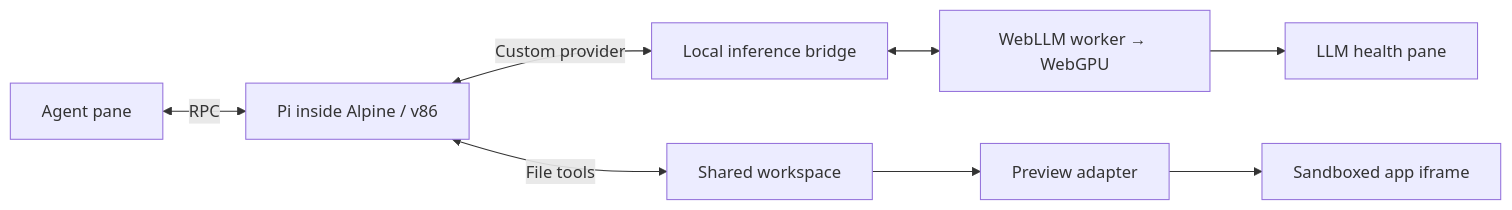
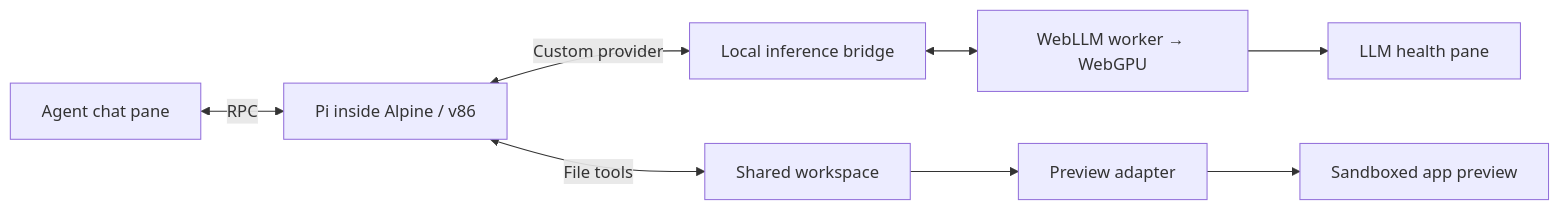
Before and after one commit to rhizomatous/fieldwork: the diagram in README.md, drawn with Mermaid. The commit also changed other lines of this file and 6 other files, not shown here.

````diff
--- a/README.md
+++ b/README.md
@@ -35,10 +23,10 @@
 ```mermaid
 flowchart LR
-    UI["Agent pane"] <-->|RPC| P["Pi inside Alpine / v86"]
+    UI["Agent chat pane"] <-->|RPC| P["Pi inside Alpine / v86"]
     P <-->|Custom provider| B["Local inference bridge"]
     B <--> W["WebLLM worker → WebGPU"]
     W --> D["LLM health pane"]
     P <-->|File tools| F["Shared workspace"]
     F --> R["Preview adapter"]
-    R --> I["Sandboxed app iframe"]
+    R --> I["Sandboxed app preview"]
 ```
````
